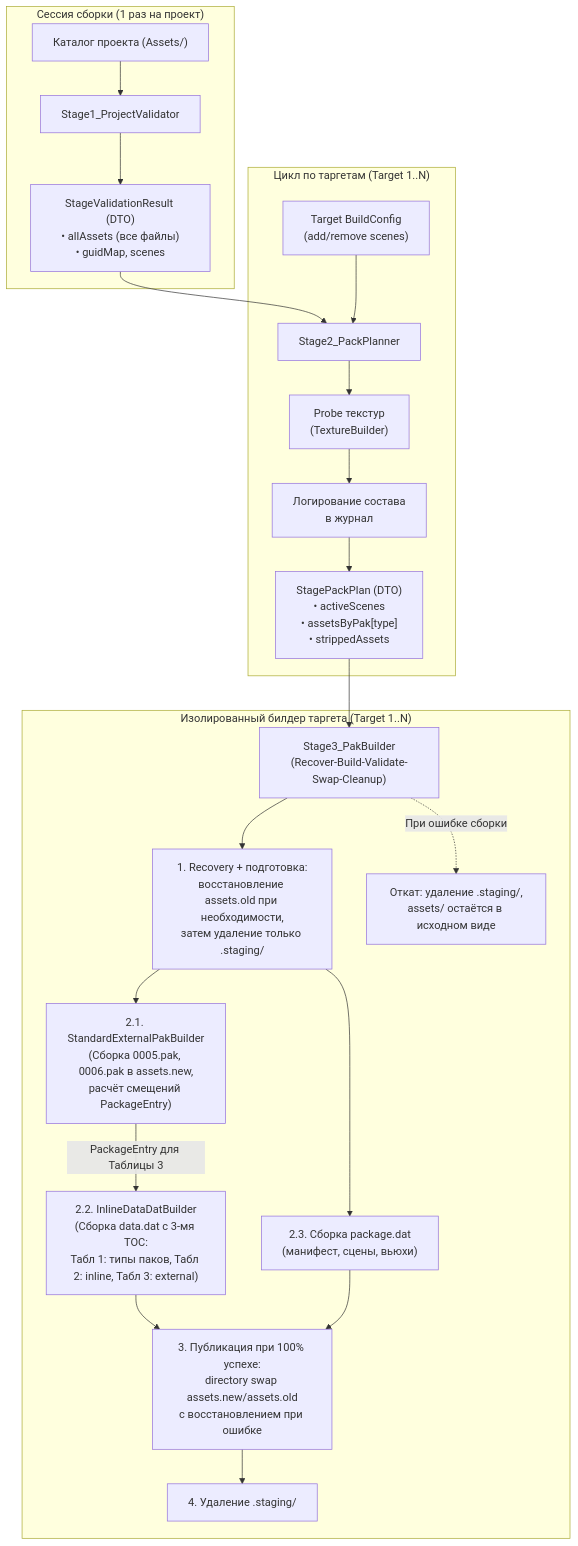
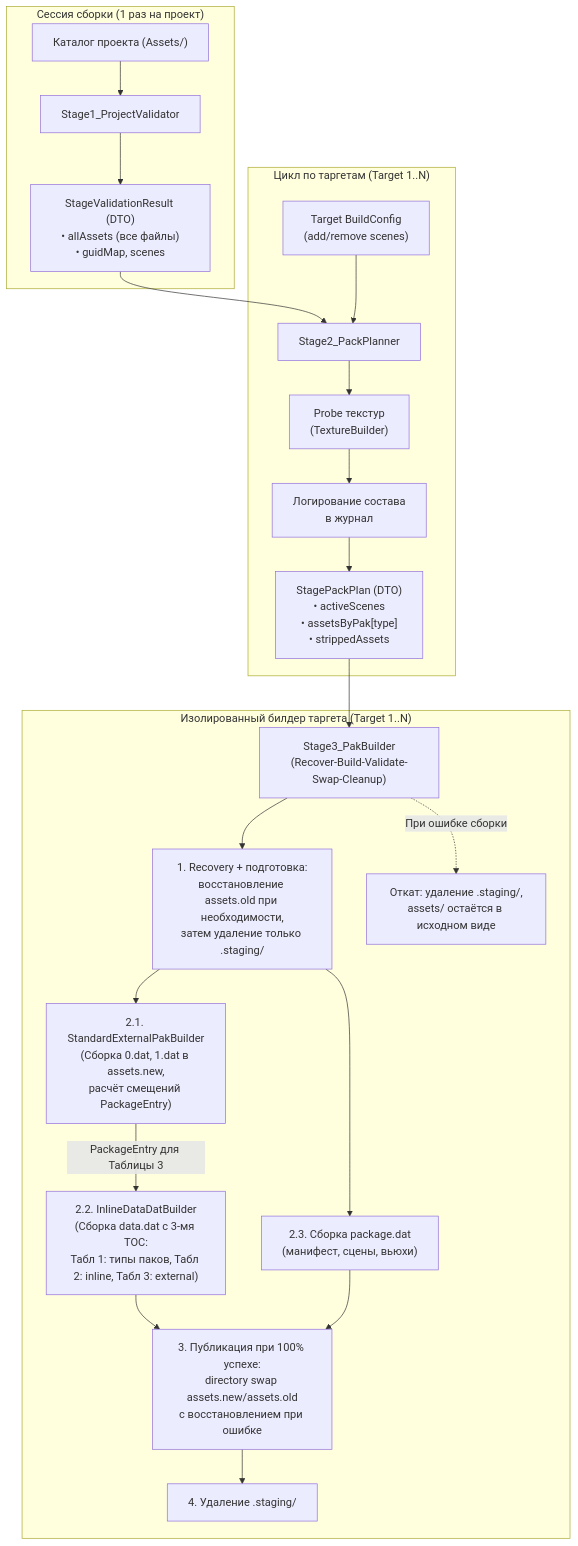
The diagram in current_plan/stage_26_multipak_toc_and_package_packer.md (k119-55524/Zzz), drawn with Mermaid before and after one commit. The commit also changed other lines of this file and 52 other files, not shown here.

````diff
--- a/current_plan/stage_26_multipak_toc_and_package_packer.md
+++ b/current_plan/stage_26_multipak_toc_and_package_packer.md
@@ -185,26 +185,26 @@
 ```mermaid
 flowchart TD
     subgraph S1["Сессия сборки (1 раз на проект)"]
         ProjDir["Каталог проекта (Assets/)"] --> S1_Val["Stage1_ProjectValidator"]
         S1_Val --> ValDTO["StageValidationResult (DTO)<br/>• allAssets (все файлы)<br/>• guidMap, scenes"]
     end
 
     subgraph S2["Цикл по таргетам (Target 1..N)"]
         ValDTO --> S2_Plan["Stage2_PackPlanner"]
         Cfg["Target BuildConfig<br/>(add/remove scenes)"] --> S2_Plan
         S2_Plan --> Probe["Probe текстур<br/>(TextureBuilder)"]
         Probe --> LogTable["Логирование состава<br/>в журнал"]
         LogTable --> PlanDTO["StagePackPlan (DTO)<br/>• activeScenes<br/>• assetsByPak[type]<br/>• strippedAssets"]
     end
 
     subgraph S3["Изолированный билдер таргета (Target 1..N)"]
         PlanDTO --> S3_Build["Stage3_PakBuilder<br/>(Recover-Build-Validate-Swap-Cleanup)"]
         S3_Build --> Staging["1. Recovery + подготовка:<br/>восстановление assets.old при необходимости,<br/>затем удаление только .staging/"]
-        Staging --> BakeExt["2.1. StandardExternalPakBuilder<br/>(Сборка 0005.pak, 0006.pak в assets.new,<br/>расчёт смещений PackageEntry)"]
+        Staging --> BakeExt["2.1. StandardExternalPakBuilder<br/>(Сборка 0.dat, 1.dat в assets.new,<br/>расчёт смещений PackageEntry)"]
         BakeExt -->|PackageEntry для Таблицы 3| BakeInl["2.2. InlineDataDatBuilder<br/>(Сборка data.dat с 3-мя TOC:<br/>Табл 1: типы паков, Табл 2: inline, Табл 3: external)"]
         Staging --> BakePkg["2.3. Сборка package.dat<br/>(манифест, сцены, вьюхи)"]
         BakeInl & BakePkg --> AtomicCopy["3. Публикация при 100% успехе:<br/>directory swap assets.new/assets.old<br/>с восстановлением при ошибке"]
         AtomicCopy --> Cleanup["4. Удаление .staging/"]
         S3_Build -.->|При ошибке сборки| Rollback["Откат: удаление .staging/,<br/>assets/ остаётся в исходном виде"]
     end
 ```
````
